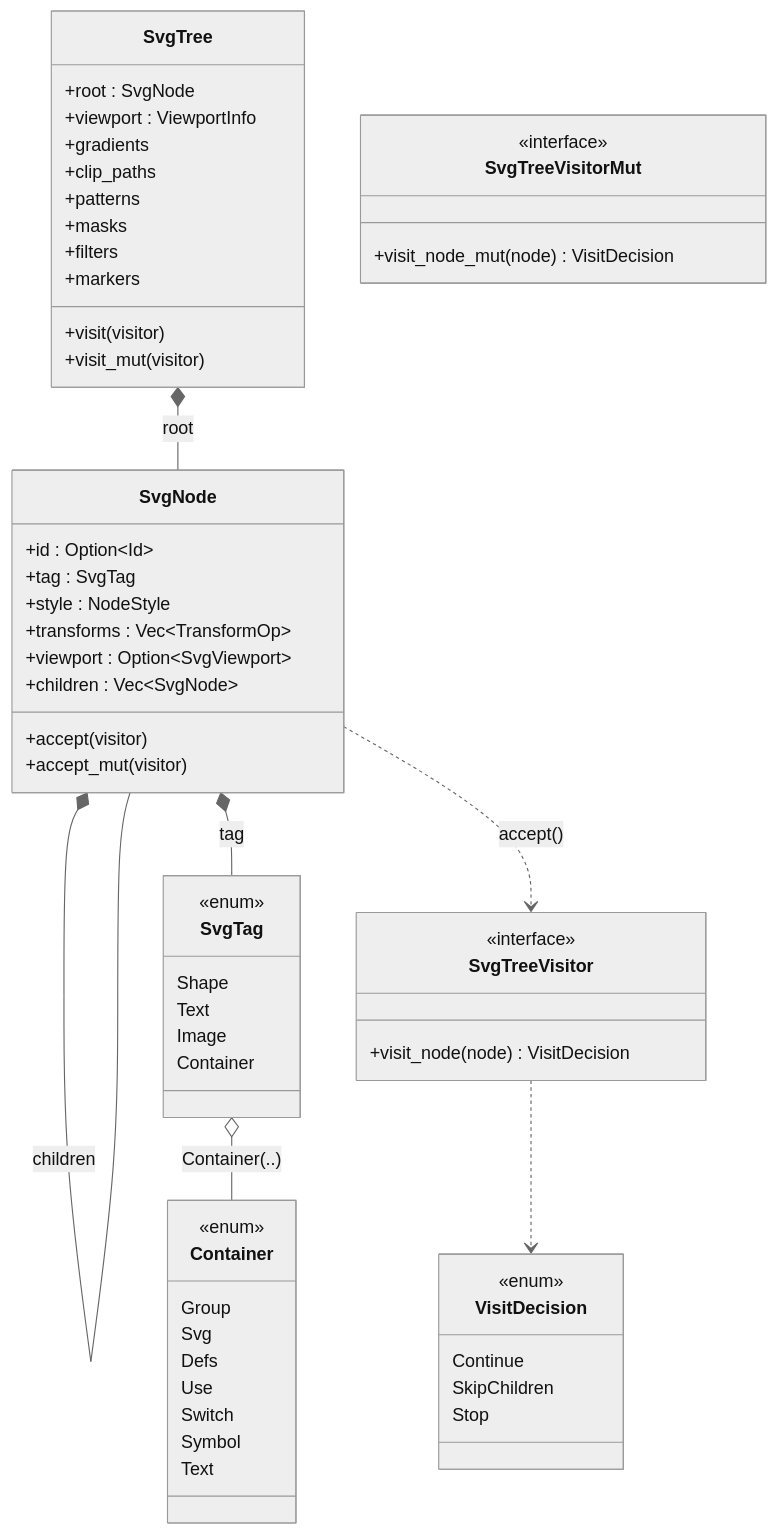
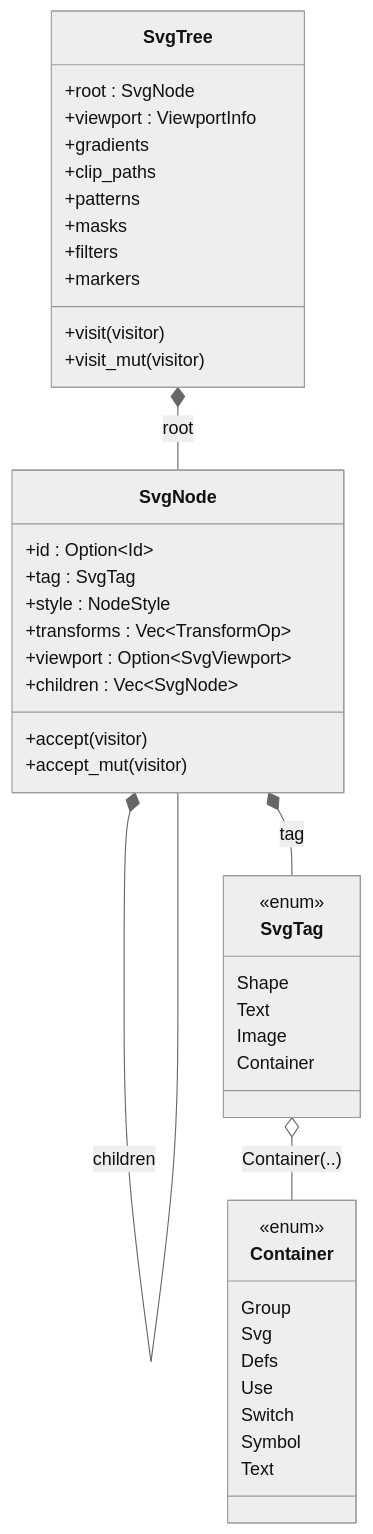
The second of 17 diagrams in svg-engine-data-model.md (mu-mostafa98/servo), drawn with Mermaid (neutral theme) before and after one commit. The commit also changed other lines of this file, not shown here.

````diff
--- a/svg-engine-data-model.md
+++ b/svg-engine-data-model.md
@@ -54,71 +64,52 @@
 ```mermaid
 classDiagram
     direction TB
 
     class SvgTree {
         +root : SvgNode
         +viewport : ViewportInfo
         +gradients
         +clip_paths
         +patterns
         +masks
         +filters
         +markers
         +visit(visitor)
         +visit_mut(visitor)
     }
 
     class SvgNode {
         +id : Option~Id~
         +tag : SvgTag
         +style : NodeStyle
         +transforms : Vec~TransformOp~
         +viewport : Option~SvgViewport~
         +children : Vec~SvgNode~
         +accept(visitor)
         +accept_mut(visitor)
     }
 
     class SvgTag {
         <<enum>>
         Shape
         Text
         Image
         Container
     }
 
     class Container {
         <<enum>>
         Group
         Svg
         Defs
         Use
         Switch
         Symbol
         Text
     }
 
-    class VisitDecision {
-        <<enum>>
-        Continue
-        SkipChildren
-        Stop
-    }
-
-    class SvgTreeVisitor {
-        <<interface>>
-        +visit_node(node) VisitDecision
-    }
-
-    class SvgTreeVisitorMut {
-        <<interface>>
-        +visit_node_mut(node) VisitDecision
-    }
-
     SvgTree *-- SvgNode : root
     SvgNode *-- SvgNode : children
     SvgNode *-- SvgTag : tag
     SvgTag o-- Container : Container(..)
-    SvgNode ..> SvgTreeVisitor : accept()
-    SvgTreeVisitor ..> VisitDecision
 ```
````
